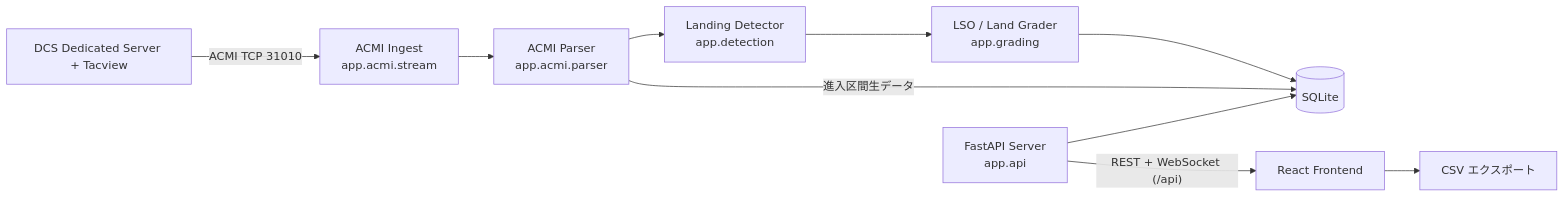
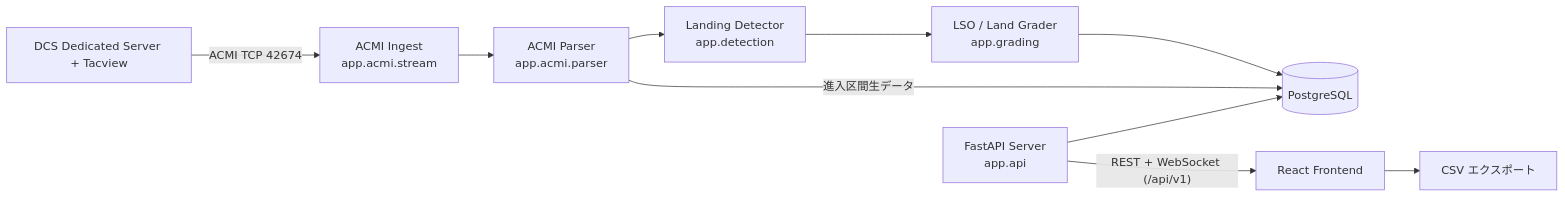
Before and after one commit to MasterMk2/DCSLandingTeacher: the diagram in docs/architecture.md, drawn with Mermaid. The commit also changed other lines of this file and 231 other files, not shown here.

First line of the commit message:
refactor: integrate PostgreSQL Compose migration and safeguards (#71)

````diff
--- a/docs/architecture.md
+++ b/docs/architecture.md
@@ -8,12 +8,12 @@
 ```mermaid
 flowchart LR
-    DCS[DCS Dedicated Server + Tacview] -- "ACMI TCP 31010" --> ING[ACMI Ingest<br/>app.acmi.stream]
+    DCS[DCS Dedicated Server + Tacview] -- "ACMI TCP 42674" --> ING[ACMI Ingest<br/>app.acmi.stream]
     ING --> PARSER[ACMI Parser<br/>app.acmi.parser]
     PARSER --> DETECTOR[Landing Detector<br/>app.detection]
     DETECTOR --> GRADER[LSO / Land Grader<br/>app.grading]
-    GRADER --> DB[(SQLite)]
+    GRADER --> DB[(PostgreSQL)]
     PARSER -- 進入区間生データ --> DB
     API[FastAPI Server<br/>app.api] --> DB
-    API -- "REST + WebSocket (/api)" --> UI[React Frontend]
+    API -- "REST + WebSocket (/api/v1)" --> UI[React Frontend]
     UI --> SHEET[CSV エクスポート]
 ```
````
